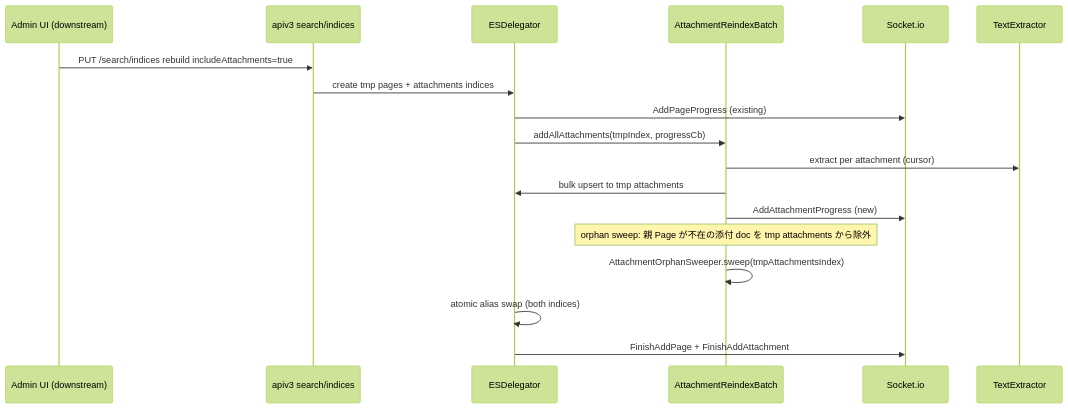
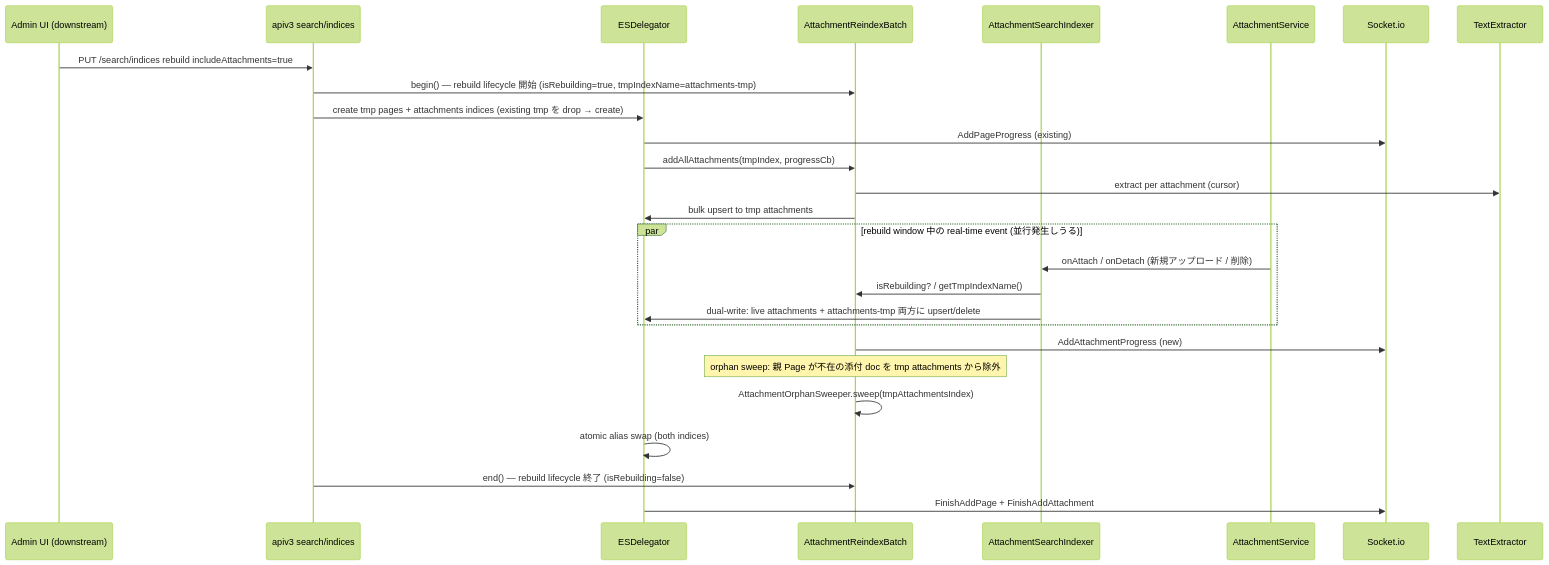
The fifth of 6 diagrams in .kiro/specs/attachment-search-indexing/design.md (growilabs/growi), drawn with Mermaid (forest theme) before and after one commit. The commit also changed other lines of this file and 2 other files, not shown here.

````diff
--- a/.kiro/specs/attachment-search-indexing/design.md
+++ b/.kiro/specs/attachment-search-indexing/design.md
@@ -344,21 +402,32 @@
 ```mermaid
 sequenceDiagram
     participant Admin as Admin UI (downstream)
     participant Api as apiv3 search/indices
     participant Del as ESDelegator
     participant Batch as AttachmentReindexBatch
+    participant Idx as AttachmentSearchIndexer
+    participant Att as AttachmentService
     participant Sock as Socket.io
     participant Ext as TextExtractor
 
     Admin->>Api: PUT /search/indices rebuild includeAttachments=true
-    Api->>Del: create tmp pages + attachments indices
+    Api->>Batch: begin() — rebuild lifecycle 開始 (isRebuilding=true, tmpIndexName=attachments-tmp)
+    Api->>Del: create tmp pages + attachments indices (existing tmp を drop → create)
     Del->>Sock: AddPageProgress (existing)
     Del->>Batch: addAllAttachments(tmpIndex, progressCb)
     Batch->>Ext: extract per attachment (cursor)
     Batch->>Del: bulk upsert to tmp attachments
+
+    par rebuild window 中の real-time event (並行発生しうる)
+        Att->>Idx: onAttach / onDetach (新規アップロード / 削除)
+        Idx->>Batch: isRebuilding? / getTmpIndexName()
+        Idx->>Del: dual-write: live attachments + attachments-tmp 両方に upsert/delete
+    end
+
     Batch->>Sock: AddAttachmentProgress (new)
     Note over Batch: orphan sweep: 親 Page が不在の添付 doc を tmp attachments から除外
     Batch->>Batch: AttachmentOrphanSweeper.sweep(tmpAttachmentsIndex)
     Del->>Del: atomic alias swap (both indices)
+    Api->>Batch: end() — rebuild lifecycle 終了 (isRebuilding=false)
     Del->>Sock: FinishAddPage + FinishAddAttachment
 ```
````
